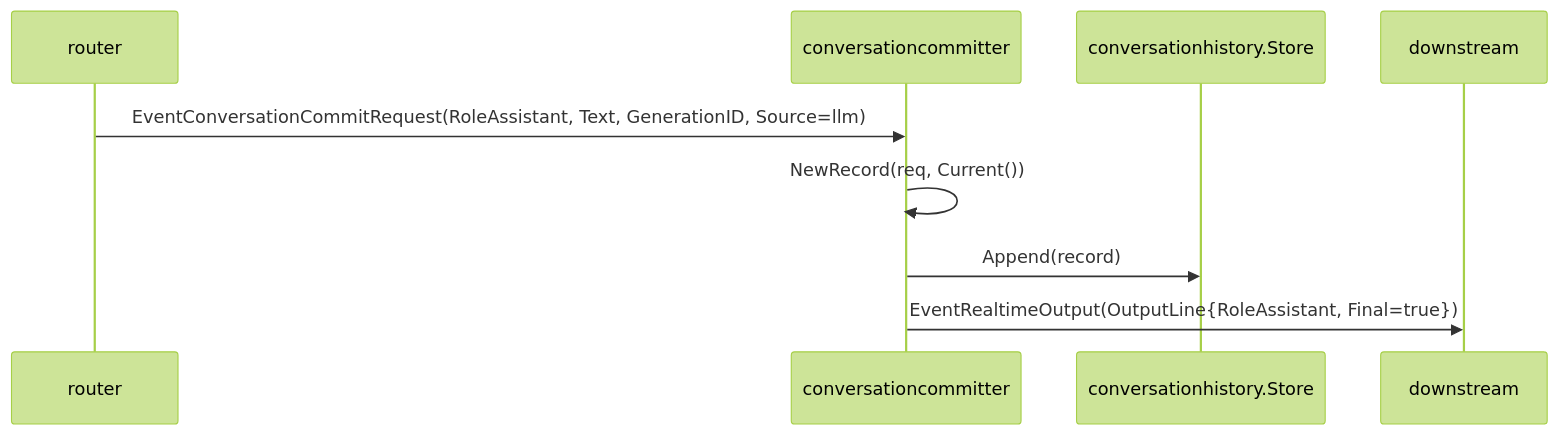
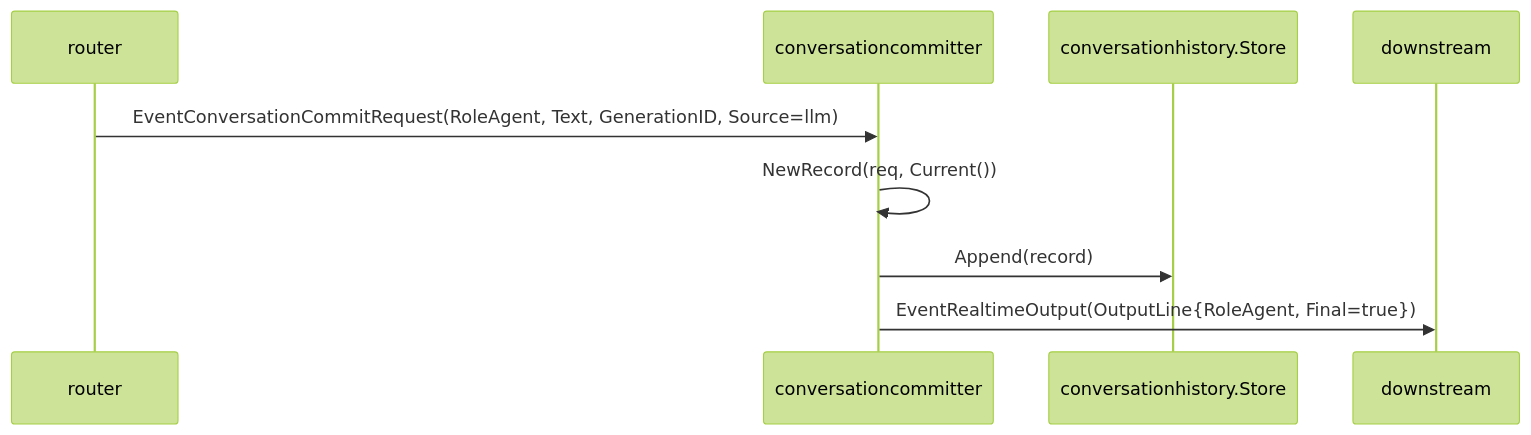
One commit to tetetratra/smart-speaker changed the second of 3 diagrams in docs/components/conversationcommitter.md. Above: the diagram before and after it, drawn with Mermaid (forest theme). The commit also changed other lines of this file and 28 other files, not shown here.

````diff
--- a/docs/components/conversationcommitter.md
+++ b/docs/components/conversationcommitter.md
@@ -91,12 +91,12 @@
 ```mermaid
 sequenceDiagram
     participant Router as router
     participant CC as conversationcommitter
     participant Hist as conversationhistory.Store
     participant Down as downstream
 
-    Router->>CC: EventConversationCommitRequest(RoleAssistant, Text, GenerationID, Source=llm)
+    Router->>CC: EventConversationCommitRequest(RoleAgent, Text, GenerationID, Source=llm)
     CC->>CC: NewRecord(req, Current())
     CC->>Hist: Append(record)
-    CC->>Down: EventRealtimeOutput(OutputLine{RoleAssistant, Final=true})
+    CC->>Down: EventRealtimeOutput(OutputLine{RoleAgent, Final=true})
 ```
````
